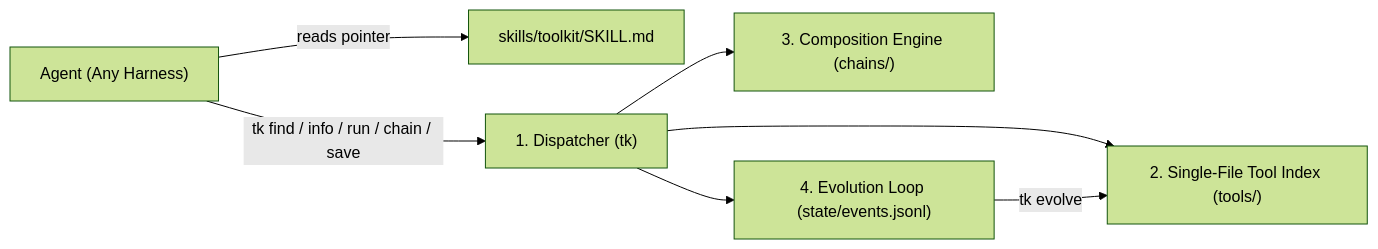
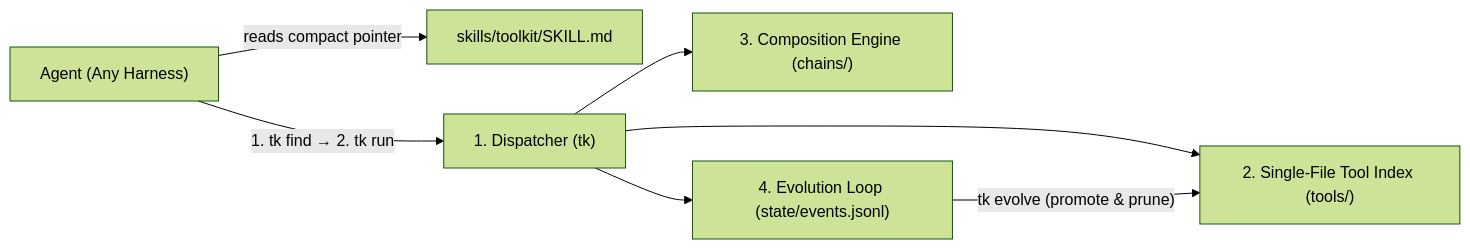
Before and after one commit to ASabale/agent-toolkit: the diagram in ARCHITECTURE.md, drawn with Mermaid (forest theme). The commit also changed other lines of this file and 5 other files, not shown here.

````diff
--- a/ARCHITECTURE.md
+++ b/ARCHITECTURE.md
@@ -5,9 +5,9 @@
 ```mermaid
 flowchart LR
-    Agent["Agent (Any Harness)"] -->|reads pointer| Skill["skills/toolkit/SKILL.md"]
-    Agent -->|"tk find / info / run / chain / save"| CLI["1. Dispatcher (tk)"]
+    Agent["Agent (Any Harness)"] -->|reads compact pointer| Skill["skills/toolkit/SKILL.md"]
+    Agent -->|"1. tk find → 2. tk run"| CLI["1. Dispatcher (tk)"]
     CLI --> Catalog["2. Single-File Tool Index (tools/)"]
     CLI --> ChainEngine["3. Composition Engine (chains/)"]
     CLI --> Telemetry["4. Evolution Loop (state/events.jsonl)"]
-    Telemetry -->|"tk evolve"| Catalog
+    Telemetry -->|"tk evolve (promote & prune)"| Catalog
 ```
````
